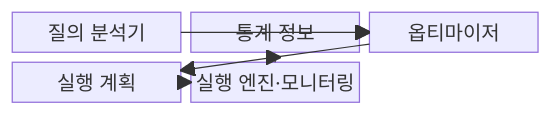
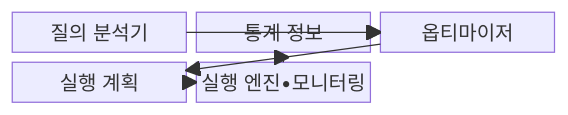
The first of 2 diagrams in src/content/docs/notes/03-software/095_query_execution_plan_optimization.md (agnusdei1207/knowledge-base), drawn with Mermaid before and after one commit. The commit also changed other lines of this file and 953 other files, not shown here.

````diff
--- a/src/content/docs/notes/03-software/095_query_execution_plan_optimization.md
+++ b/src/content/docs/notes/03-software/095_query_execution_plan_optimization.md
@@ -69,14 +69,14 @@
 ```mermaid
 block-beta
   columns 3
   Q["질의 분석기"]
   S["통계 정보"]
   O["옵티마이저"]
   P["실행 계획"]
-  E["실행 엔진·모니터링"]
+  E["실행 엔진•모니터링"]
   Q --> O
   S --> O
   O --> P
   P --> E
   E --> S
 ```
````
